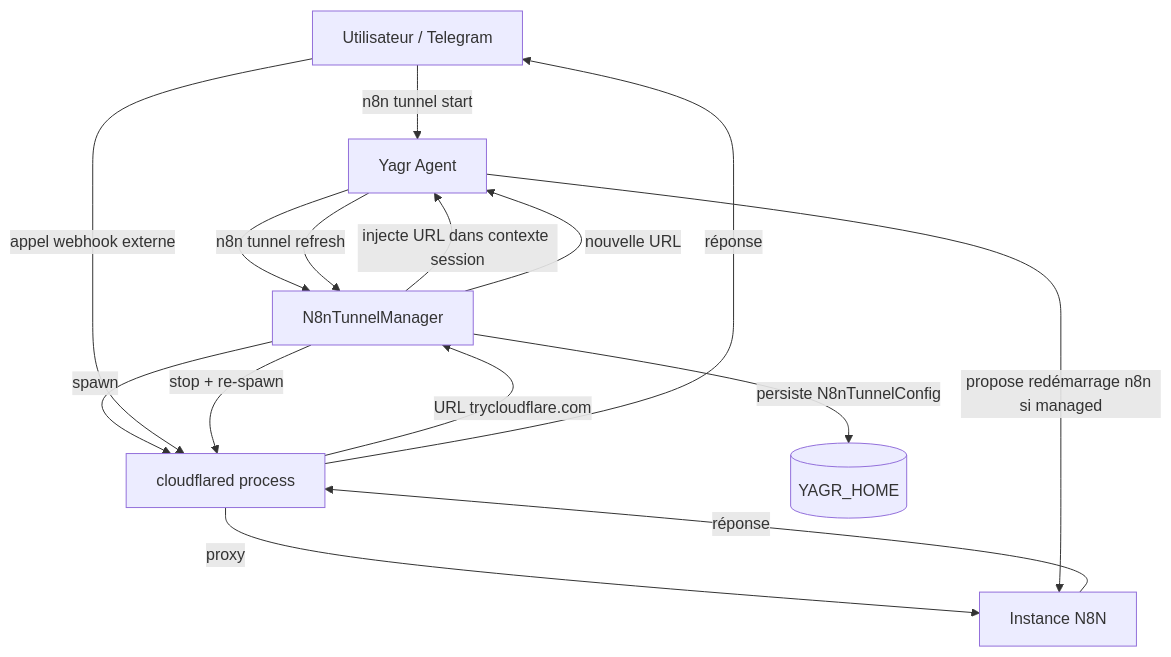
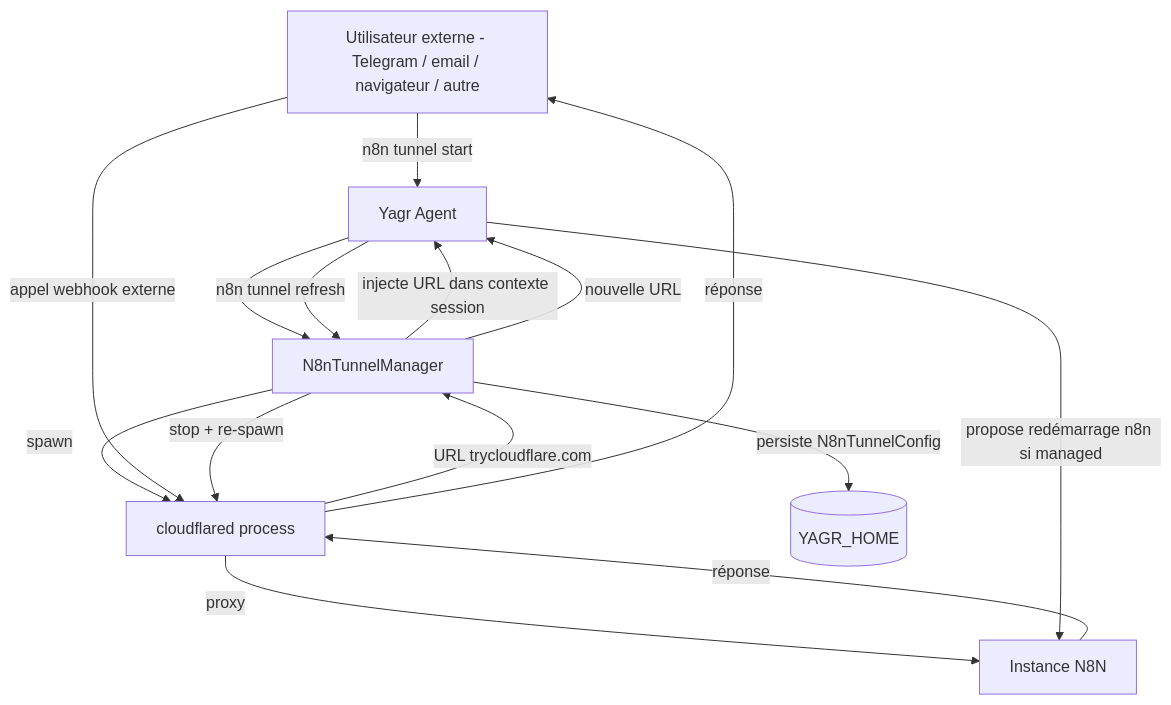
Before and after one commit to EtienneLescot/yagr: the diagram in architecture/target/n8n-cloudflare-tunnel-exposure.md, drawn with Mermaid. The commit also changed other lines of this file and 7 other files, not shown here.

````diff
--- a/architecture/target/n8n-cloudflare-tunnel-exposure.md
+++ b/architecture/target/n8n-cloudflare-tunnel-exposure.md
@@ -201,25 +263,25 @@
 ```mermaid
 flowchart TD
-    User[Utilisateur / Telegram]
+    User[Utilisateur externe - Telegram / email / navigateur / autre]
     Yagr[Yagr Agent]
     TunnelMgr[N8nTunnelManager]
     CF[cloudflared process]
     N8N[Instance N8N]
 
     User -->|n8n tunnel start| Yagr
     Yagr --> TunnelMgr
     TunnelMgr -->|spawn| CF
     CF -->|URL trycloudflare.com| TunnelMgr
     TunnelMgr -->|persiste N8nTunnelConfig| YAGR_HOME[(YAGR_HOME)]
     TunnelMgr -->|injecte URL dans contexte session| Yagr
 
     User -->|appel webhook externe| CF
     CF -->|proxy| N8N
     N8N -->|réponse| CF
     CF -->|réponse| User
 
     Yagr -->|n8n tunnel refresh| TunnelMgr
     TunnelMgr -->|stop + re-spawn| CF
     TunnelMgr -->|nouvelle URL| Yagr
     Yagr -->|propose redémarrage n8n si managed| N8N
 ```
````
